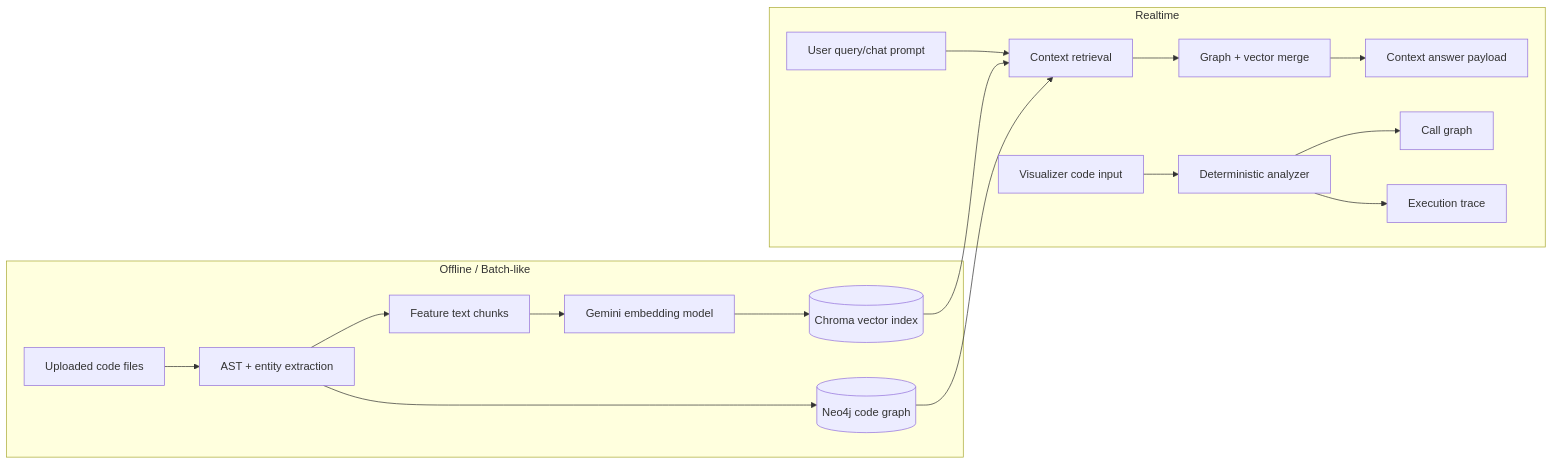
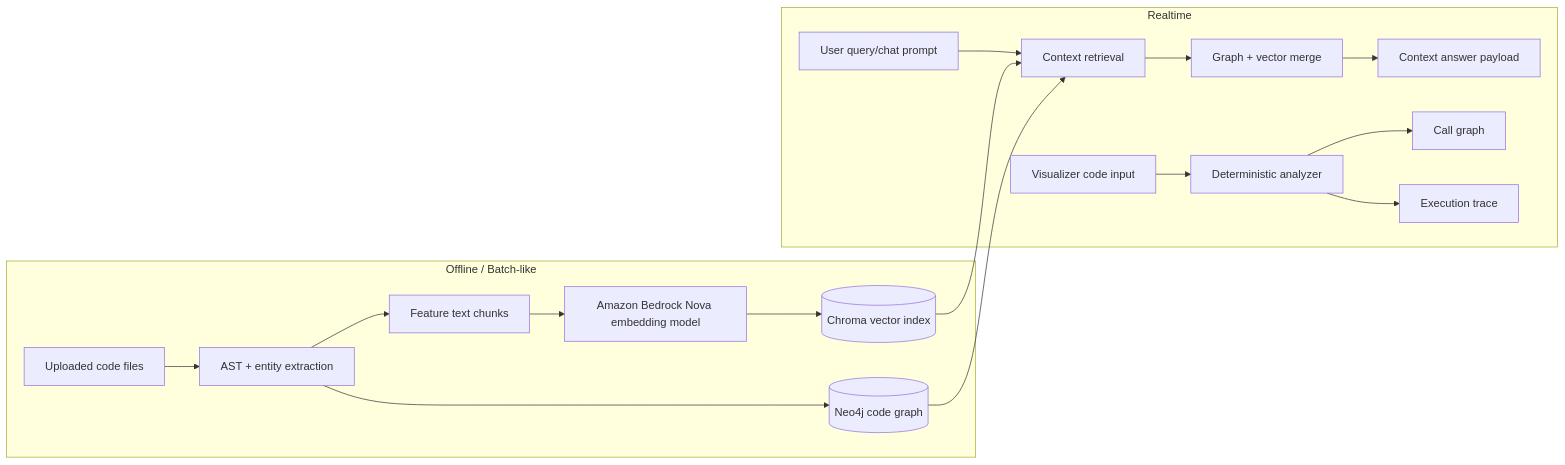
The fifth of 7 diagrams in README.md (Ishan-K9868/socraticDev-final), drawn with Mermaid before and after one commit. The commit also changed other lines of this file, not shown here.

Commit message:
model ref change

````diff
--- a/README.md
+++ b/README.md
@@ -300,22 +300,22 @@
 ```mermaid
 flowchart LR
     subgraph OfflineOrBatch[Offline / Batch-like]
       SRC[Uploaded code files] --> PARSE[AST + entity extraction]
       PARSE --> FEAT[Feature text chunks]
-      FEAT --> EMB[Gemini embedding model]
+      FEAT --> EMB[Amazon Bedrock Nova embedding model]
       EMB --> CH[(Chroma vector index)]
       PARSE --> G[(Neo4j code graph)]
     end
 
     subgraph Realtime[Realtime]
       PROMPT[User query/chat prompt] --> CTX[Context retrieval]
       CTX --> MERGE[Graph + vector merge]
       MERGE --> OUT[Context answer payload]
       CODE[Visualizer code input] --> DET[Deterministic analyzer]
       DET --> CG[Call graph]
       DET --> XT[Execution trace]
     end
 
     CH --> CTX
     G --> CTX
 ```
````
